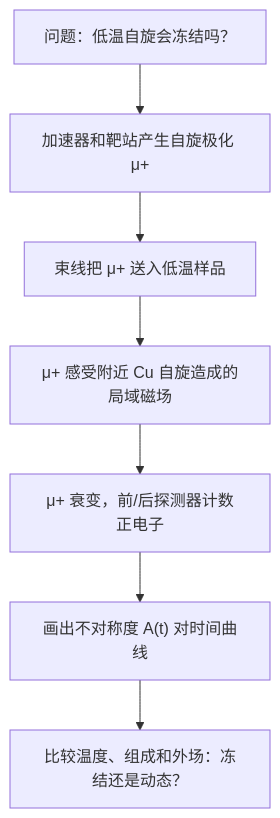
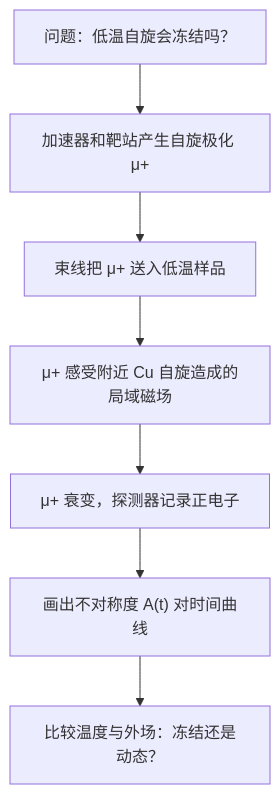
Before and after one commit to 7235212746-jpg/READING: the diagram in physics/2026-05-26-musr-spin-freezing.md, drawn with Mermaid. The commit also changed other lines of this file, not shown here.

````diff
--- a/physics/2026-05-26-musr-spin-freezing.md
+++ b/physics/2026-05-26-musr-spin-freezing.md
@@ -56,9 +51,9 @@
 ```mermaid
 flowchart TD
   Q["问题：低温自旋会冻结吗？"] --> I["加速器和靶站产生自旋极化 μ+"]
   I --> S["束线把 μ+ 送入低温样品"]
   S --> L["μ+ 感受附近 Cu 自旋造成的局域磁场"]
-  L --> D["μ+ 衰变，前/后探测器计数正电子"]
+  L --> D["μ+ 衰变，探测器记录正电子"]
   D --> R["画出不对称度 A(t) 对时间曲线"]
-  R --> C["比较温度、组成和外场：冻结还是动态？"]
+  R --> C["比较温度与外场：冻结还是动态？"]
 ```
````
